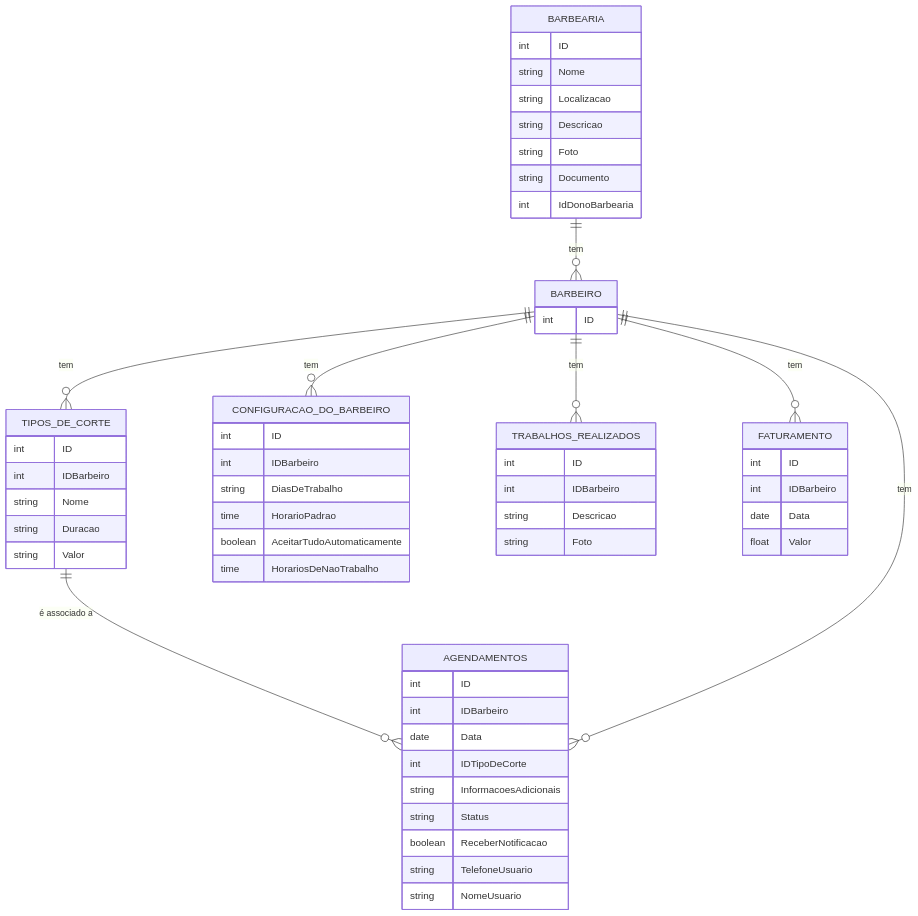
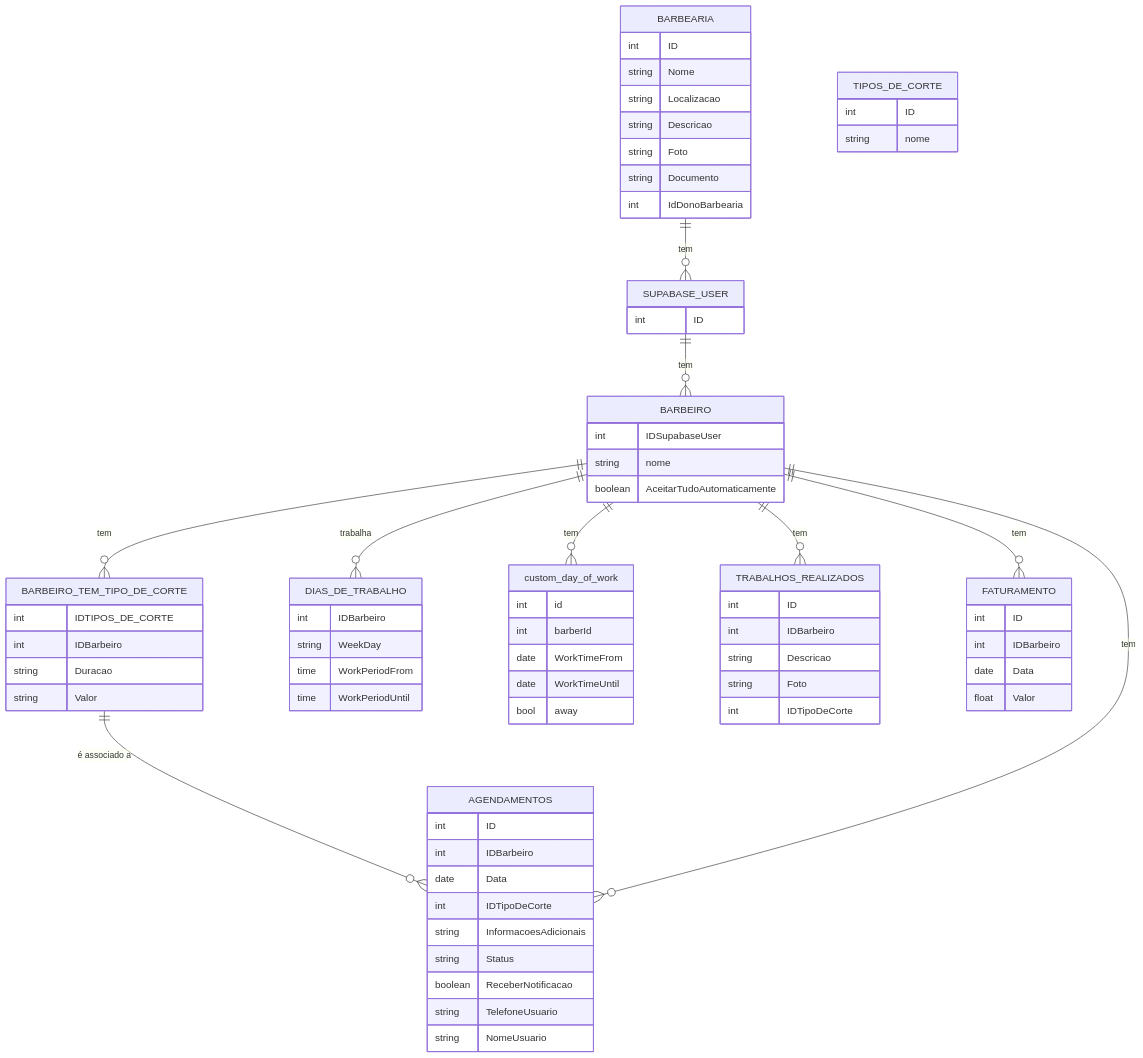
Before and after one commit to joaojhgs/saas-template: the diagram in README.md, drawn with Mermaid.

Commit message:
feat: update uml schema

````diff
--- a/README.md
+++ b/README.md
@@ -44,61 +44,77 @@
 ```mermaid
 erDiagram
     BARBEARIA {
         int ID
         string Nome
         string Localizacao
         string Descricao
         string Foto
         string Documento
         int IdDonoBarbearia 
     }
     TIPOS_DE_CORTE {
         int ID
+        string nome
+    }
+    BARBEIRO_TEM_TIPO_DE_CORTE {
+        int IDTIPOS_DE_CORTE
         int IDBarbeiro
-        string Nome
         string Duracao
         string Valor
     }
     AGENDAMENTOS {
         int ID
         int IDBarbeiro
         date Data
         int IDTipoDeCorte
         string InformacoesAdicionais
         string Status
         boolean ReceberNotificacao
         string TelefoneUsuario
         string NomeUsuario
     }
-    CONFIGURACAO_DO_BARBEIRO {
-        int ID
+    BARBEIRO {
+        int IDSupabaseUser
+        string nome
+        boolean AceitarTudoAutomaticamente
+    }
+    DIAS_DE_TRABALHO {
         int IDBarbeiro
-        string DiasDeTrabalho
-        time HorarioPadrao
-        boolean AceitarTudoAutomaticamente
-        time HorariosDeNaoTrabalho
+        string WeekDay
+        time WorkPeriodFrom
+        time WorkPeriodUntil
     }
+    custom_day_of_work {
+        int id
+        int barberId
+        date WorkTimeFrom
+        date WorkTimeUntil
+        bool away
+    }  
     TRABALHOS_REALIZADOS {
         int ID
         int IDBarbeiro
         string Descricao
         string Foto
+        int IDTipoDeCorte
     }
     FATURAMENTO {
         int ID
         int IDBarbeiro
         date Data
         float Valor
     }
-    BARBEIRO {
+    SUPABASE_USER {
         int ID
     }
     
-    TIPOS_DE_CORTE ||--o{ AGENDAMENTOS : "é associado a"
-    BARBEIRO ||--o{ TIPOS_DE_CORTE : "tem"
+    BARBEIRO_TEM_TIPO_DE_CORTE ||--o{ AGENDAMENTOS : "é associado a"
+    BARBEIRO ||--o{ BARBEIRO_TEM_TIPO_DE_CORTE : "tem"
     BARBEIRO ||--o{ AGENDAMENTOS : "tem"
-    BARBEIRO ||--o{ CONFIGURACAO_DO_BARBEIRO : "tem"
+    SUPABASE_USER ||--o{ BARBEIRO : "tem"
     BARBEIRO ||--o{ TRABALHOS_REALIZADOS : "tem"
+    BARBEIRO ||--o{ custom_day_of_work : "tem"
     BARBEIRO ||--o{ FATURAMENTO : "tem"
-    BARBEARIA ||--o{ BARBEIRO : "tem"
+    BARBEIRO ||--o{ DIAS_DE_TRABALHO : "trabalha"
+    BARBEARIA ||--o{ SUPABASE_USER : "tem"
 ```
````
